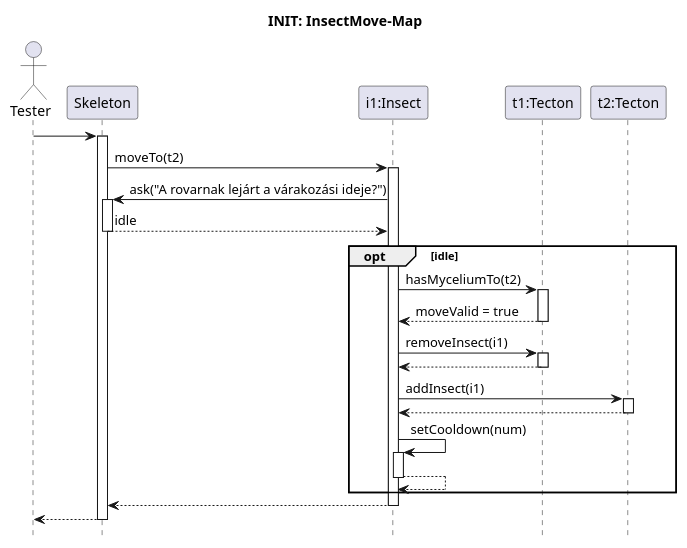
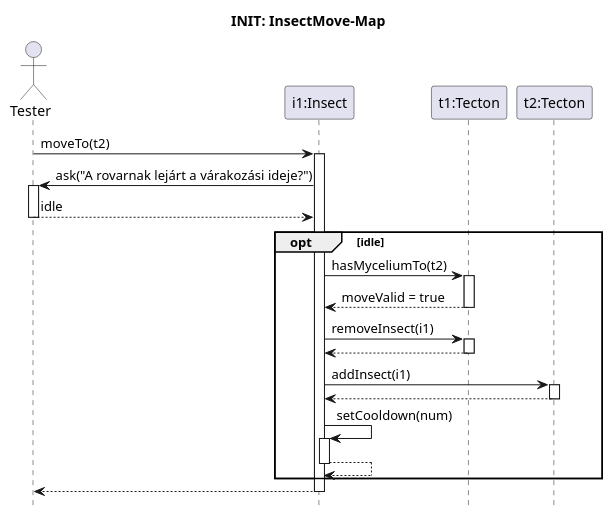
The diagram in Skeleton/Insect-move/sucess.pu (ZD4ve/projlab-error521), drawn with PlantUML before and after one commit. The commit also changed 6 other files, not shown here.

```diff
--- a/Skeleton/Insect-move/sucess.pu
+++ b/Skeleton/Insect-move/sucess.pu
@@ -1,45 +1,39 @@
 @startuml Insect-move/sucess
 hide footbox
 title INIT: InsectMove-Map
 
-actor Tester
-'TODO: Skeleton neve :Skeleton vagy csak Skeleton?
-participant Skeleton
+actor Tester as S
 participant "i1:Insect" as insect
 participant "t1:Tecton" as location
 participant "t2:Tecton" as target
 
-Tester -> Skeleton
-activate Skeleton
-Skeleton -> insect : moveTo(t2)
+S -> insect : moveTo(t2)
 activate insect
 
-Skeleton <- insect : ask("A rovarnak lejárt a várakozási ideje?")
-activate Skeleton
+S <- insect : ask("A rovarnak lejárt a várakozási ideje?")
+activate S
 return idle
 
 opt idle
 
     insect -> location : hasMyceliumTo(t2)
     activate location
 
     'TODO: érték?
     return moveValid = true
 
     insect -> location : removeInsect(i1)
     activate location
     return 
     
     insect -> target : addInsect(i1)
     activate target
     return
 
     insect -> insect : setCooldown(num)
     activate insect
     return
 end
 
 return
-return
-
 @enduml
```
